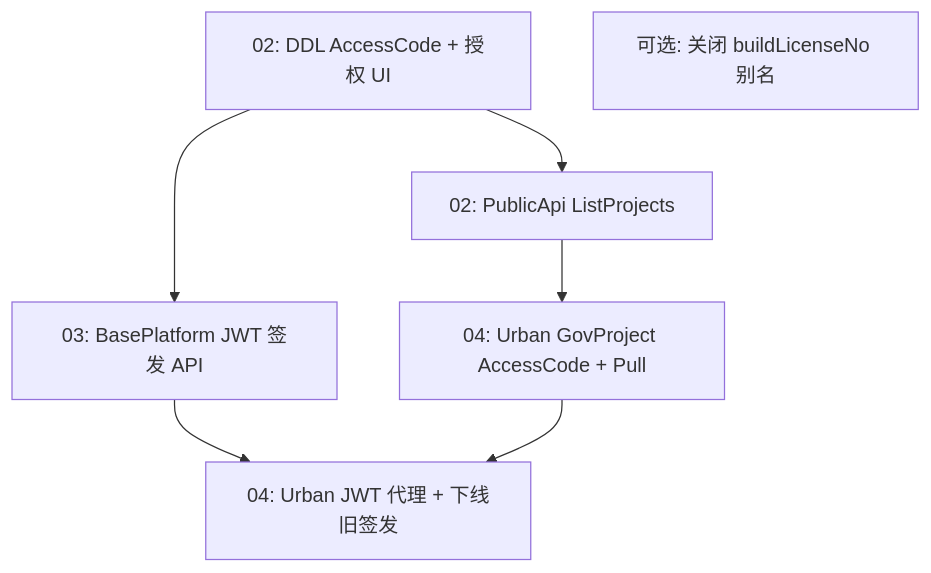
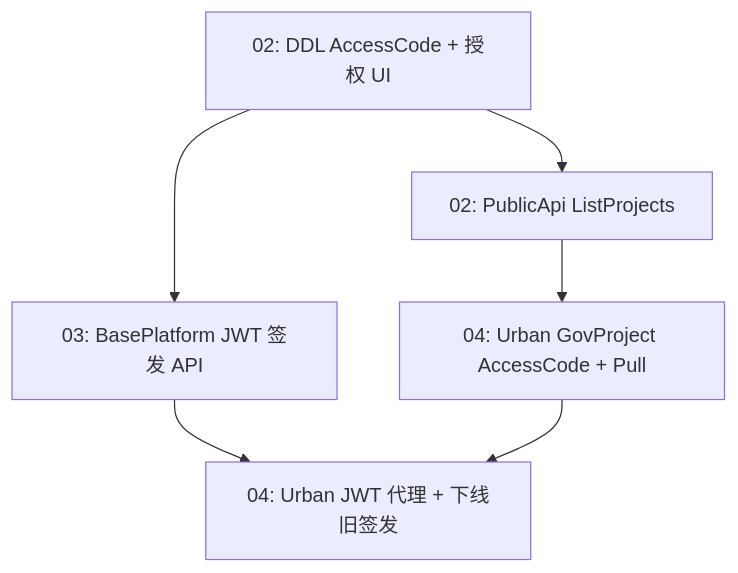
One commit to feewillowherb/material-client-vault changed the diagram in docs/2026-06-24-buildlicenseno-machinecode-confusion/05-联合发版说明.md. Above: the diagram before and after it, drawn with Mermaid. The commit also changed other lines of this file and 6 other files, not shown here.

````diff
--- a/docs/2026-06-24-buildlicenseno-machinecode-confusion/05-联合发版说明.md
+++ b/docs/2026-06-24-buildlicenseno-machinecode-confusion/05-联合发版说明.md
@@ -39,15 +41,14 @@
 ```mermaid
 flowchart TD
   S1[02: DDL AccessCode + 授权 UI]
   S2[02: PublicApi ListProjects]
   S3[03: BasePlatform JWT 签发 API]
   S4[04: Urban GovProject AccessCode + Pull]
   S5[04: Urban JWT 代理 + 下线旧签发]
-  S6[可选: 关闭 buildLicenseNo 别名]
 
   S1 --> S2
   S1 --> S3
   S2 --> S4
   S3 --> S5
   S4 --> S5
 ```
````
